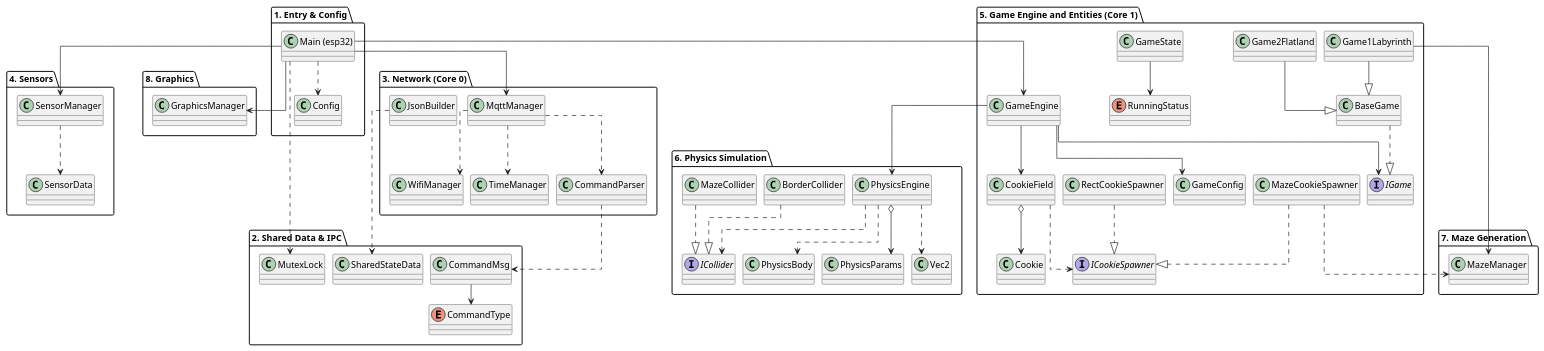
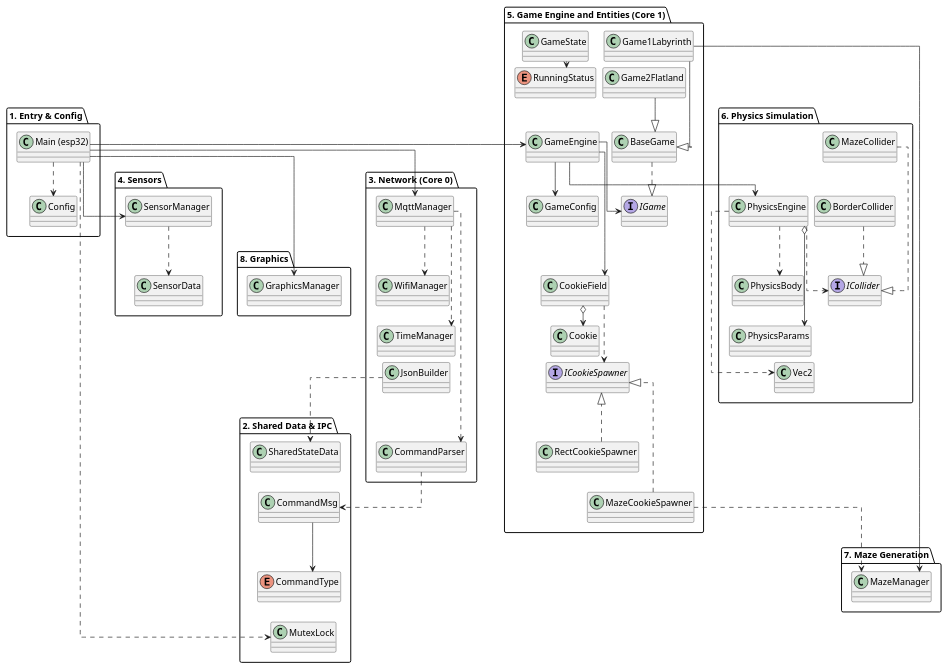
Before and after one commit to s-voelkl/BiteBound: the diagram in diagrams/src/hardware-architecture.puml, drawn with PlantUML.

Commit message:
Verticalize hardware diagram.

```diff
--- a/diagrams/src/hardware-architecture.puml
+++ b/diagrams/src/hardware-architecture.puml
@@ -1,119 +1,173 @@
 @startuml hardware-architecture
 top to bottom direction
 skinparam linetype ortho
-skinparam nodesep 12
-skinparam ranksep 12
+skinparam nodesep 10
+skinparam ranksep 10
 
-' Force clean, vertical flow of packages
+' ==========================================
+' LEFT COLUMN: Infrastructure & Support
+' ==========================================
 package "1. Entry & Config" as Layer1 {
     class "Main (esp32)" as Main
     class "Config" as Config
+}
+
+package "4. Sensors" as Layer4 {
+    class SensorManager
+    class SensorData
+}
+
+package "8. Graphics" as Layer8 {
+    class GraphicsManager
 }
 
 package "2. Shared Data & IPC" as Layer2 {
     class SharedStateData
     class CommandMsg
     enum CommandType
     class MutexLock
 }
 
 package "3. Network (Core 0)" as Layer3 {
     class MqttManager
     class WifiManager
     class TimeManager
     class JsonBuilder
     class CommandParser
 }
 
-package "4. Sensors" as Layer4 {
-    class SensorManager
-    class SensorData
-}
-
+' ==========================================
+' RIGHT COLUMN: Gameplay & Physics Core
+' ==========================================
 package "5. Game Engine and Entities (Core 1)" as Layer5 {
     class GameEngine
     class GameConfig
     interface IGame
     class BaseGame
     class Game1Labyrinth
     class Game2Flatland
     class CookieField
     class Cookie
     interface ICookieSpawner
     class RectCookieSpawner
     class MazeCookieSpawner
     class GameState
     enum RunningStatus
 }
 
 package "6. Physics Simulation" as Layer6 {
     class PhysicsEngine
     class PhysicsBody
     class PhysicsParams
     class Vec2
     interface ICollider
     class BorderCollider
     class MazeCollider
 }
 
 package "7. Maze Generation" as Layer7 {
     class MazeManager
 }
 
-package "8. Graphics" as Layer8 {
-    class GraphicsManager
-}
+' ==========================================
+' VERTICAL LAYOUT FORCE (Class-to-Class)
+' ==========================================
 
+' 1. Stack Left Column Packages vertically
+Main -[hidden]down-> SensorManager
+SensorManager -[hidden]down-> GraphicsManager
+GraphicsManager -[hidden]down-> SharedStateData
+SharedStateData -[hidden]down-> MqttManager
 
-' Stacking modules under each other vertically to guarantee clean layout page-fitting
+' 2. Stack Right Column Packages vertically
+GameEngine -[hidden]down-> PhysicsEngine
+PhysicsEngine -[hidden]down-> MazeManager
+
+' 3. Link columns side-by-side
+Main -[hidden]right-> GameEngine
+
+' 4. Stack Classes inside Layer 2 (Shared Data) vertically to keep it narrow
+SharedStateData -[hidden]down-> CommandMsg
+CommandMsg -[hidden]down-> CommandType
+CommandType -[hidden]down-> MutexLock
+
+' 5. Stack Classes inside Layer 3 (Network) vertically to keep it narrow
+MqttManager -[hidden]down-> WifiManager
+WifiManager -[hidden]down-> TimeManager
+TimeManager -[hidden]down-> JsonBuilder
+JsonBuilder -[hidden]down-> CommandParser
+
+' 6. Stack Classes inside Layer 5 (Game Engine) vertically to keep it narrow
+GameState -[hidden]down-> RunningStatus
+RunningStatus -[hidden]down-> GameEngine
+GameEngine -[hidden]down-> GameConfig
+GameConfig -[hidden]down-> CookieField
+CookieField -[hidden]down-> Cookie
+Cookie -[hidden]down-> ICookieSpawner
+ICookieSpawner -[hidden]down-> RectCookieSpawner
+RectCookieSpawner -[hidden]down-> MazeCookieSpawner
+Game1Labyrinth -[hidden]down-> Game2Flatland
+Game2Flatland -[hidden]down-> BaseGame
+BaseGame -[hidden]down-> IGame
+
+' 7. Stack Classes inside Layer 6 (Physics) vertically to keep it narrow
+PhysicsEngine -[hidden]down-> PhysicsBody
+PhysicsBody -[hidden]down-> PhysicsParams
+PhysicsParams -[hidden]down-> Vec2
+MazeCollider -[hidden]down-> BorderCollider
+BorderCollider -[hidden]down-> ICollider
+
+' ==========================================
+' RELATIONSHIPS & DEPENDENCIES
+' ==========================================
 
 ' --- Orchestration & Top-Level Dependencies ---
 Main --> SensorManager
 Main --> GameEngine
 Main --> GraphicsManager
 Main --> MqttManager
 Main ..> MutexLock
 Main ..> Config
 
 ' --- Shared IPC ---
 CommandMsg --> CommandType
 CommandParser ..> CommandMsg
 
 ' --- Network Layer ---
 MqttManager ..> WifiManager
 MqttManager ..> TimeManager
 MqttManager ..> CommandParser
 JsonBuilder ..> SharedStateData
 
 ' --- Sensor Layer ---
 SensorManager ..> SensorData
 
 ' --- Engine & Game Modes ---
 GameEngine --> IGame
 GameEngine --> GameConfig
 BaseGame ..|> IGame
 Game1Labyrinth --|> BaseGame
 Game2Flatland --|> BaseGame
 GameEngine --> CookieField
 GameEngine --> PhysicsEngine
 
 ' --- Gameplay Entities ---
 CookieField o--> Cookie
 CookieField ..> ICookieSpawner
 RectCookieSpawner ..|> ICookieSpawner
 MazeCookieSpawner ..|> ICookieSpawner
 GameState --> RunningStatus
 
 ' --- Physics Layer ---
 PhysicsEngine o--> PhysicsParams
 PhysicsEngine ..> PhysicsBody
 PhysicsEngine ..> Vec2
 PhysicsEngine ..> ICollider
 BorderCollider ..|> ICollider
 MazeCollider ..|> ICollider
 
 ' --- Maze & Graphics Layer ---
 Game1Labyrinth --> MazeManager
 MazeCookieSpawner ..> MazeManager
 
 @enduml
```
